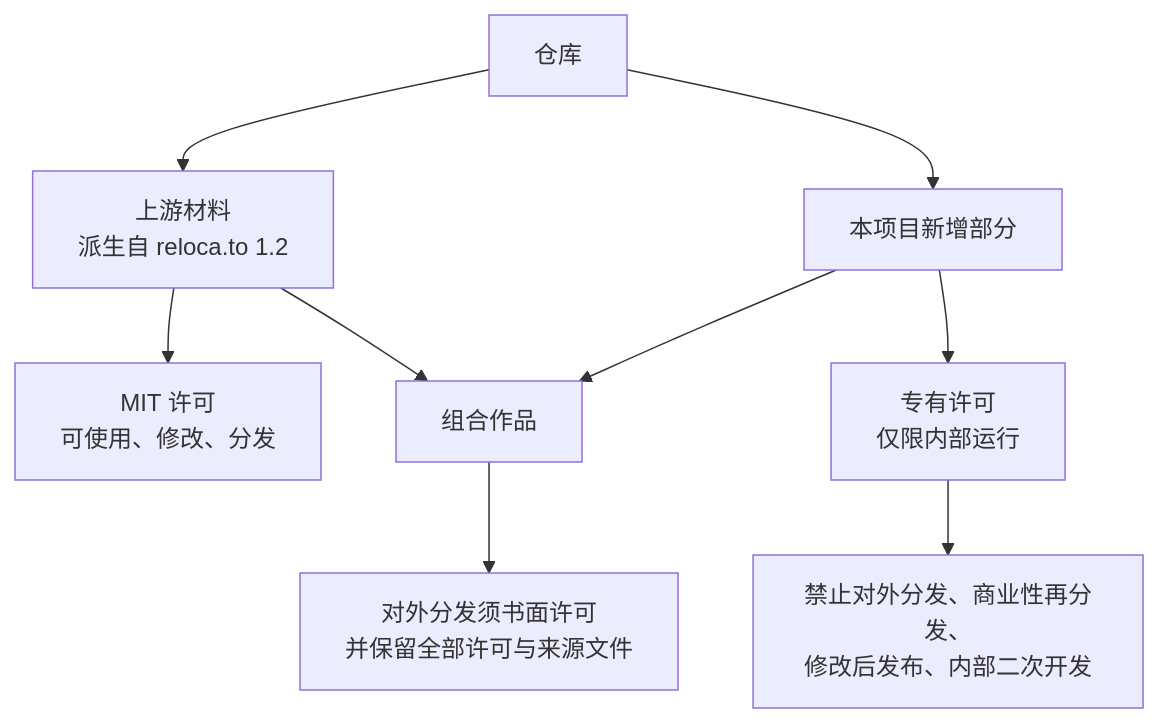
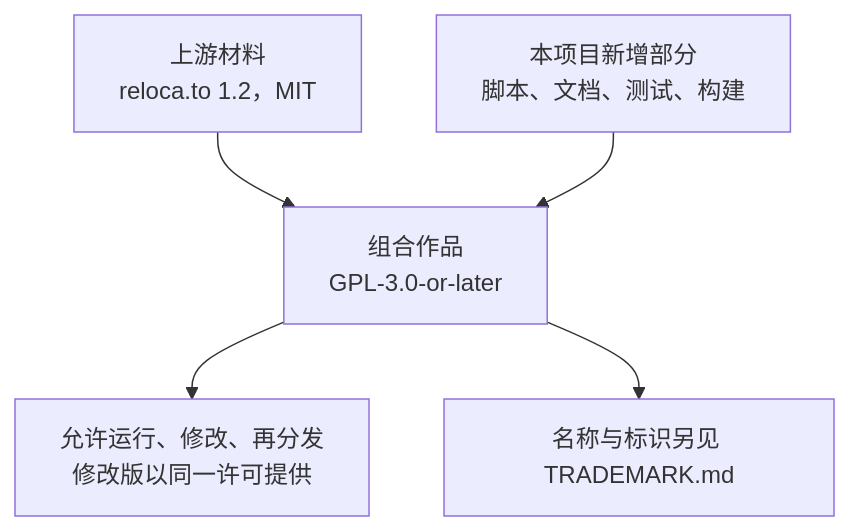
The diagram in docs/wiki/14-license.md (tktogether/migrator), drawn with Mermaid before and after one commit. The commit also changed other lines of this file and 32 other files, not shown here.

````diff
--- a/docs/wiki/14-license.md
+++ b/docs/wiki/14-license.md
@@ -7,11 +8,7 @@
 ```mermaid
 flowchart TD
-    A["仓库"] --> B["上游材料<br/>派生自 reloca.to 1.2"]
-    A --> C["本项目新增部分"]
-    B --> D["MIT 许可<br/>可使用、修改、分发"]
-    C --> E["专有许可<br/>仅限内部运行"]
-    E --> F["禁止对外分发、商业性再分发、<br/>修改后发布、内部二次开发"]
-    B --> G["组合作品"]
-    C --> G
-    G --> H["对外分发须书面许可<br/>并保留全部许可与来源文件"]
+    A["上游材料<br/>reloca.to 1.2，MIT"] --> C["组合作品<br/>GPL-3.0-or-later"]
+    B["本项目新增部分<br/>脚本、文档、测试、构建"] --> C
+    C --> D["允许运行、修改、再分发<br/>修改版以同一许可提供"]
+    C --> E["名称与标识另见 TRADEMARK.md"]
 ```
````
